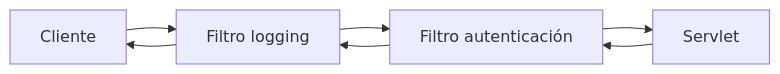
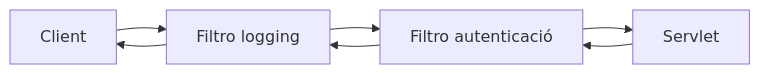
One commit to jordicido/jordicina changed the fifth of 8 diagrams in docs/daw-daw/up3/05-componentes-web.md. Above: the diagram before and after it, drawn with Mermaid. The commit also changed other lines of this file and 10 other files, not shown here.

````diff
--- a/docs/daw-daw/up3/05-componentes-web.md
+++ b/docs/daw-daw/up3/05-componentes-web.md
@@ -284,9 +284,9 @@
 ```mermaid
 flowchart LR
-    C["Cliente"] --> F1["Filtro logging"]
-    F1 --> F2["Filtro autenticación"]
+    C["Client"] --> F1["Filtro logging"]
+    F1 --> F2["Filtro autenticació"]
     F2 --> S["Servlet"]
     S --> F2
     F2 --> F1
     F1 --> C
 ```
````
